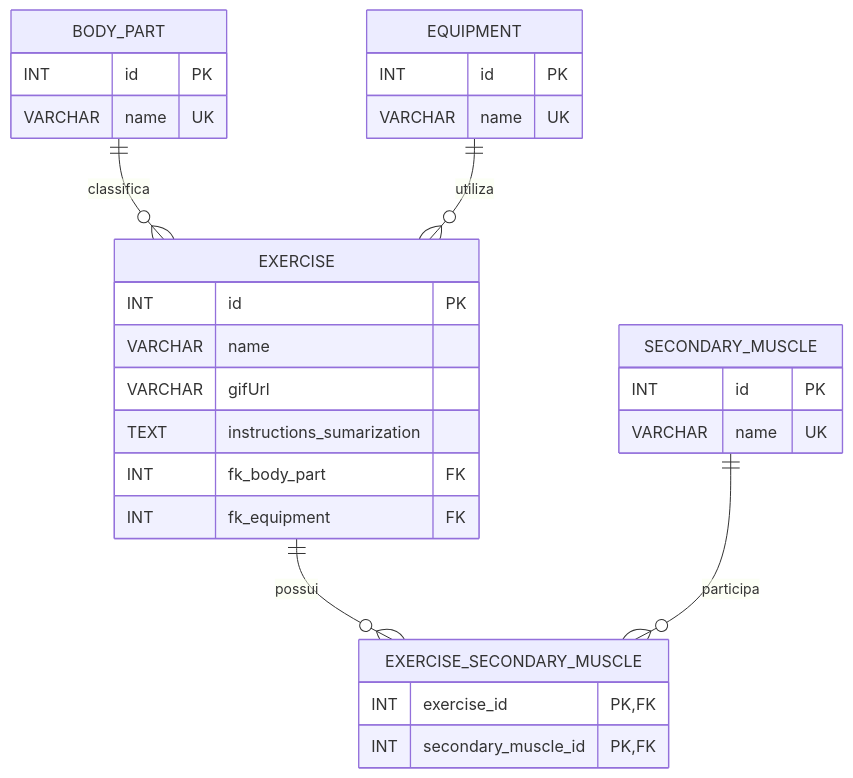
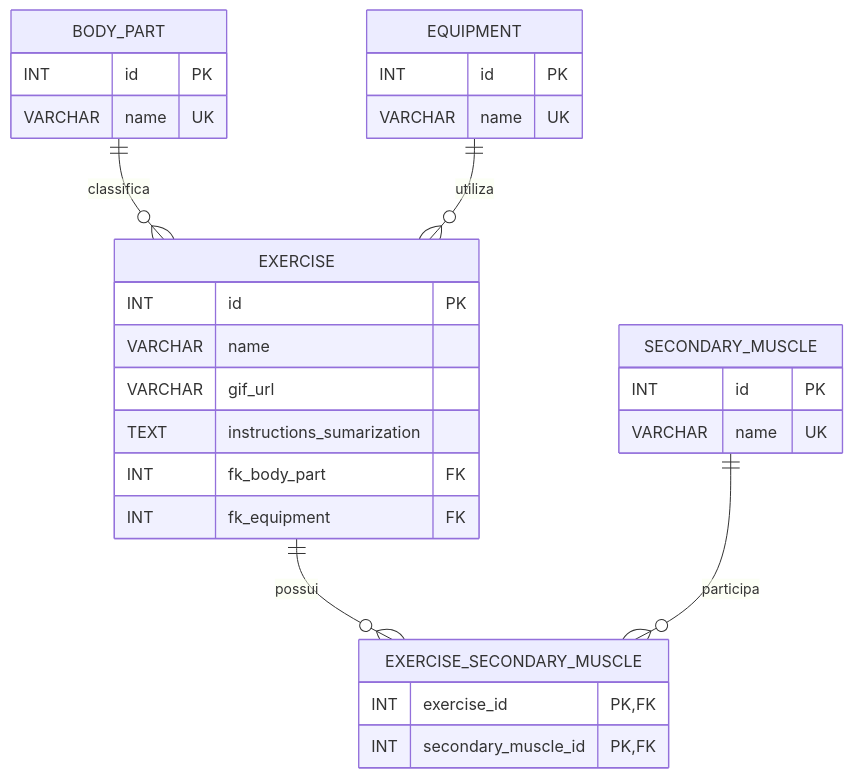
Before and after one commit to Projeto-Pesquisa-e-Inovacao-III/etl-data-exercises: the diagram in README.md, drawn with Mermaid. The commit also changed other lines of this file and 5 other files, not shown here.

Commit message:
fix: atualização de nome de campo gif_url

````diff
--- a/README.md
+++ b/README.md
@@ -155,36 +155,36 @@
 ```mermaid
 erDiagram
 	BODY_PART ||--o{ EXERCISE : classifica
 	EQUIPMENT ||--o{ EXERCISE : utiliza
 	EXERCISE ||--o{ EXERCISE_SECONDARY_MUSCLE : possui
 	SECONDARY_MUSCLE ||--o{ EXERCISE_SECONDARY_MUSCLE : participa
 
 	BODY_PART {
 		INT id PK
 		VARCHAR name UK
 	}
 
 	EQUIPMENT {
 		INT id PK
 		VARCHAR name UK
 	}
 
 	SECONDARY_MUSCLE {
 		INT id PK
 		VARCHAR name UK
 	}
 
 	EXERCISE {
 		INT id PK
 		VARCHAR name
-		VARCHAR gifUrl
+		VARCHAR gif_url
 		TEXT instructions_sumarization
 		INT fk_body_part FK
 		INT fk_equipment FK
 	}
 
 	EXERCISE_SECONDARY_MUSCLE {
 		INT exercise_id PK, FK
 		INT secondary_muscle_id PK, FK
 	}
 ```
````
